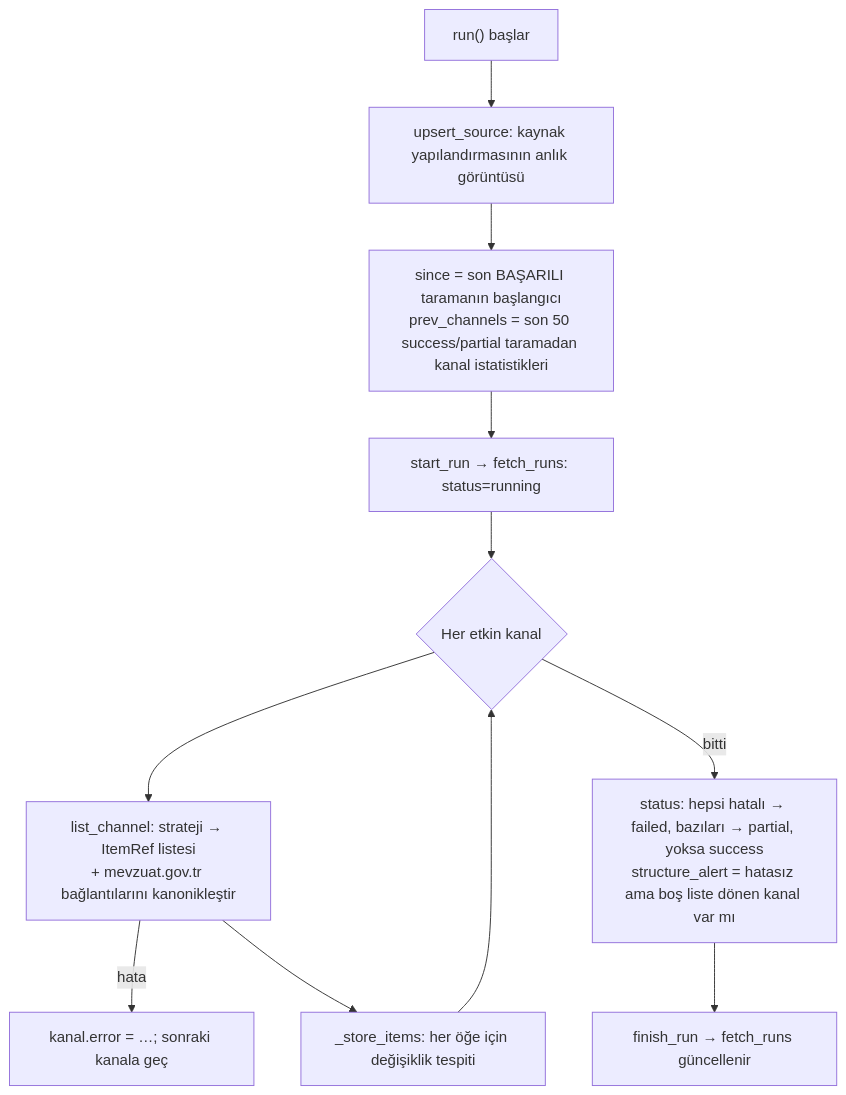
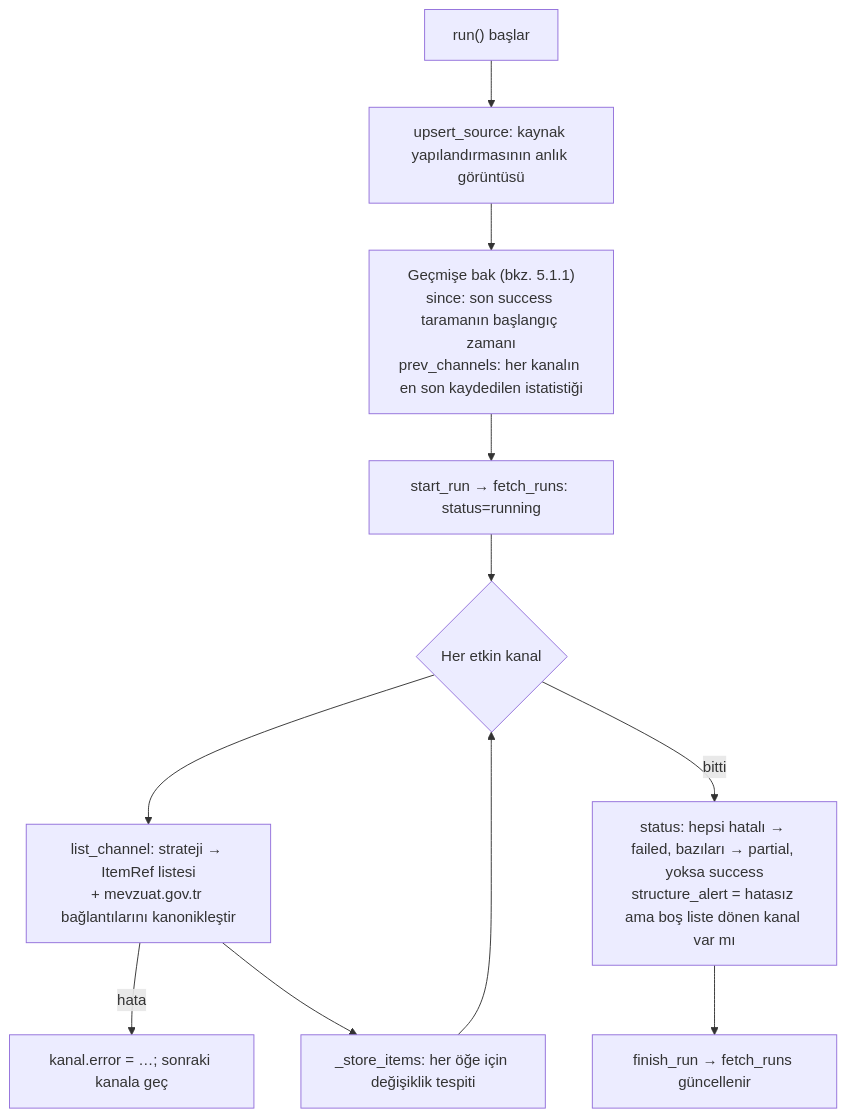
One commit to ofyayla/mevzuat_takip changed the second of 2 diagrams in docs/ogrenme-rehberi/02-crawler-mimarisi.md. Above: the diagram before and after it, drawn with Mermaid. The commit also changed other lines of this file and 1 other file, not shown here.

Commit message:
docs: since ve prev_channels açıklaması (crawler mimarisi + servis diyagramı)

````diff
--- a/docs/ogrenme-rehberi/02-crawler-mimarisi.md
+++ b/docs/ogrenme-rehberi/02-crawler-mimarisi.md
@@ -148,13 +148,13 @@
 ```mermaid
 flowchart TD
   A["run() başlar"] --> B["upsert_source: kaynak yapılandırmasının anlık görüntüsü"]
-  B --> C["since = son BAŞARILI taramanın başlangıcı<br/>prev_channels = son 50 success/partial taramadan kanal istatistikleri"]
+  B --> C["Geçmişe bak (bkz. 5.1.1)<br/>since: son success taramanın başlangıç zamanı<br/>prev_channels: her kanalın en son kaydedilen istatistiği"]
   C --> D["start_run → fetch_runs: status=running"]
   D --> E{"Her etkin kanal"}
   E --> F["list_channel: strateji → ItemRef listesi<br/>+ mevzuat.gov.tr bağlantılarını kanonikleştir"]
   F -->|"hata"| G["kanal.error = …; sonraki kanala geç"]
   F --> H["_store_items: her öğe için değişiklik tespiti"]
   H --> E
   E -->|"bitti"| I["status: hepsi hatalı → failed, bazıları → partial, yoksa success<br/>structure_alert = hatasız ama boş liste dönen kanal var mı"]
   I --> J["finish_run → fetch_runs güncellenir"]
 ```
````
